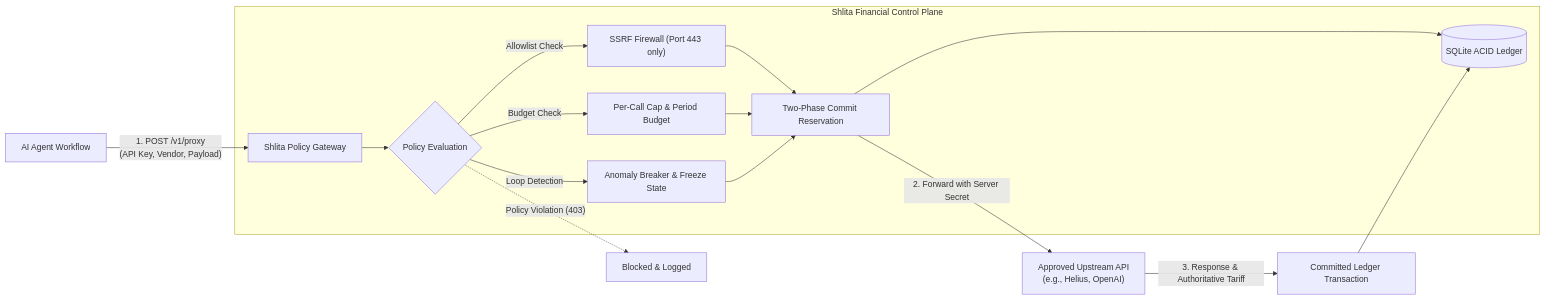
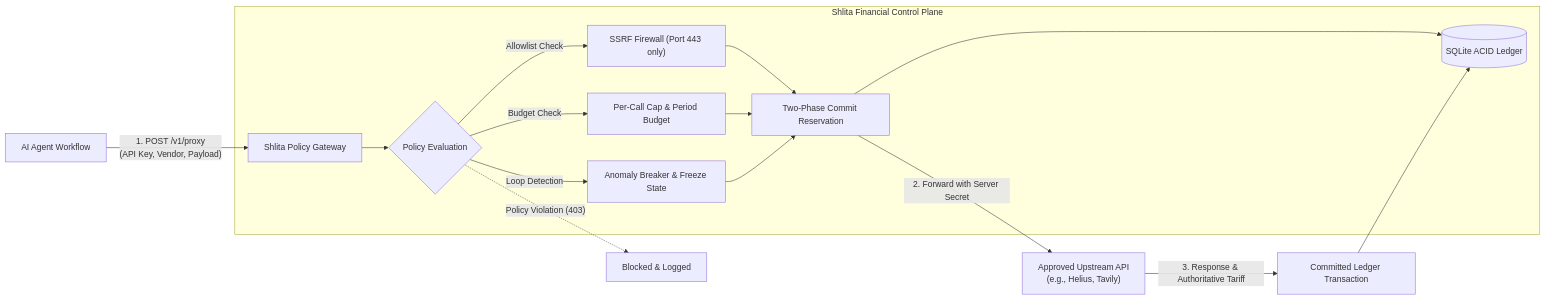
Before and after one commit to VIKAS-555/Shlita: the diagram in README.md, drawn with Mermaid. The commit also changed other lines of this file and 10 other files, not shown here.

````diff
--- a/README.md
+++ b/README.md
@@ -37,16 +37,16 @@
 ```mermaid
 flowchart LR
     A["AI Agent Workflow"] -->|"1. POST /v1/proxy<br/>(API Key, Vendor, Payload)"| B["Shlita Policy Gateway"]
     subgraph Gateway["Shlita Financial Control Plane"]
         B --> C{"Policy Evaluation"}
         C -->|"Allowlist Check"| C1["SSRF Firewall (Port 443 only)"]
         C -->|"Budget Check"| C2["Per-Call Cap & Period Budget"]
         C -->|"Loop Detection"| C3["Anomaly Breaker & Freeze State"]
         C1 & C2 & C3 --> D["Two-Phase Commit Reservation"]
         D --> L[("SQLite ACID Ledger")]
     end
-    D -->|"2. Forward with Server Secret"| E["Approved Upstream API<br/>(e.g., Helius, OpenAI)"]
+    D -->|"2. Forward with Server Secret"| E["Approved Upstream API<br/>(e.g., Helius, Tavily)"]
     C -.->|"Policy Violation (403)"| F["Blocked & Logged"]
     E -->|"3. Response & Authoritative Tariff"| G["Committed Ledger Transaction"]
     G --> L
 ```
````
